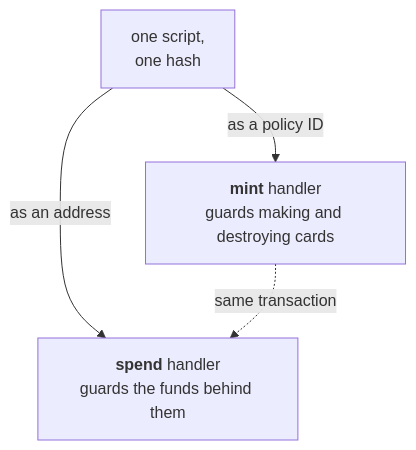
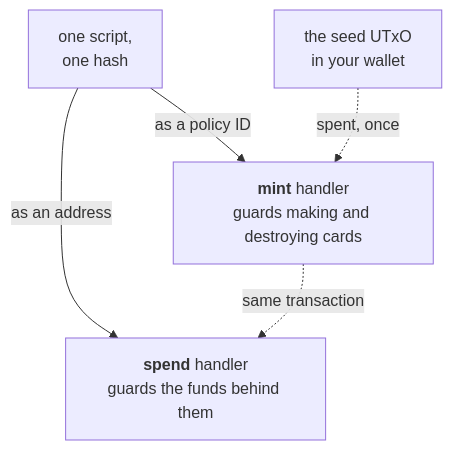
One commit to cardano-foundation/developer-portal changed the first of 2 diagrams in docs/developers/onboarding/lectures/intermediate/11-multi-validators.md. Above: the diagram before and after it, drawn with Mermaid. The commit also changed other lines of this file and 6 other files, not shown here.

````diff
--- a/docs/developers/onboarding/lectures/intermediate/11-multi-validators.md
+++ b/docs/developers/onboarding/lectures/intermediate/11-multi-validators.md
@@ -61,9 +77,10 @@
 ```mermaid
 flowchart TD
     S["one script,<br/>one hash"] -->|as a policy ID| M["`**mint** handler
     guards making and destroying cards`"]
     S -->|as an address| P["`**spend** handler
     guards the funds behind them`"]
 
+    U["the seed UTxO<br/>in your wallet"] -.->|"spent, once"| M
     M -.->|"same transaction"| P
 ```
````
